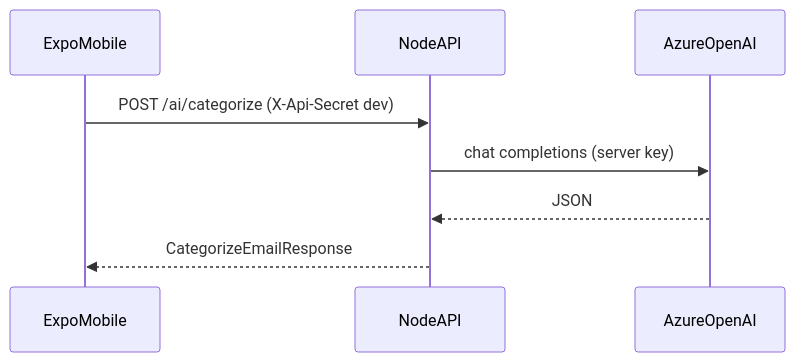
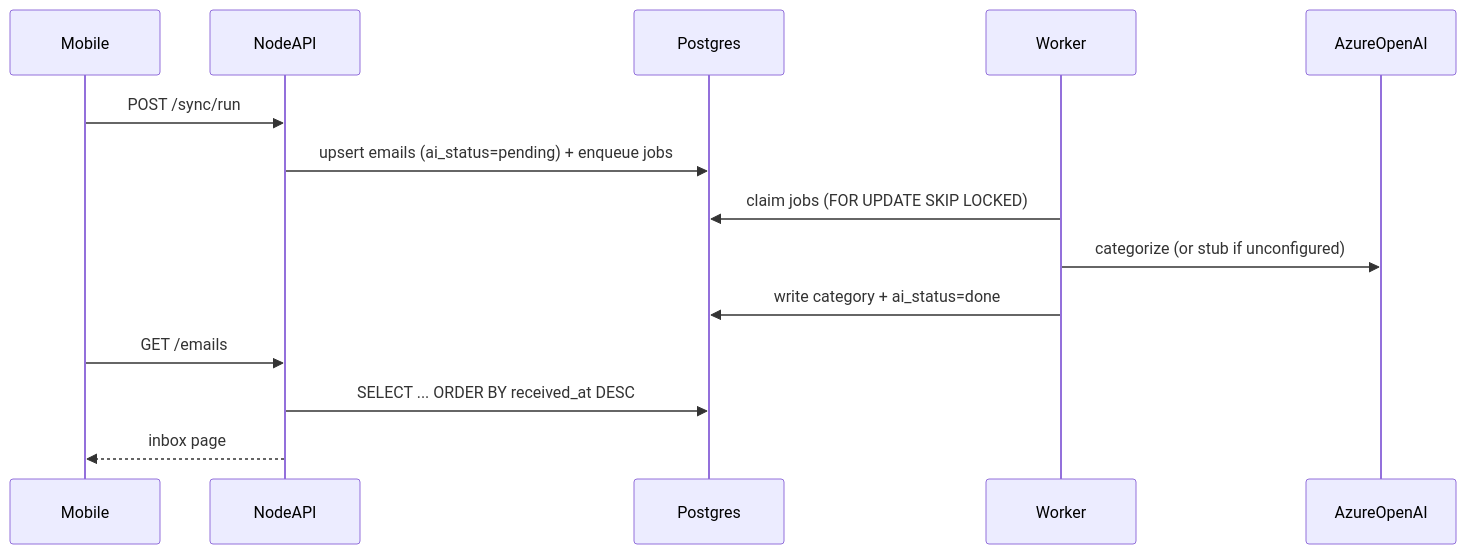
One commit to CVsiouy/Mail-Tracker-App changed the second of 2 diagrams in docs/ARCHITECTURE.md. Above: the diagram before and after it, drawn with Mermaid. The commit also changed other lines of this file and 79 other files, not shown here.

````diff
--- a/docs/ARCHITECTURE.md
+++ b/docs/ARCHITECTURE.md
@@ -20,10 +42,16 @@
 ```mermaid
 sequenceDiagram
-  participant Mobile as ExpoMobile
-  participant API as NodeAPI
-  participant Azure as AzureOpenAI
-  Mobile->>API: POST /ai/categorize (X-Api-Secret dev)
-  API->>Azure: chat completions (server key)
-  Azure-->>API: JSON
-  API-->>Mobile: CategorizeEmailResponse
+  participant M as Mobile
+  participant A as NodeAPI
+  participant DB as Postgres
+  participant W as Worker
+  participant AZ as AzureOpenAI
+  M->>A: POST /sync/run
+  A->>DB: upsert emails (ai_status=pending) + enqueue jobs
+  W->>DB: claim jobs (FOR UPDATE SKIP LOCKED)
+  W->>AZ: categorize (or stub if unconfigured)
+  W->>DB: write category + ai_status=done
+  M->>A: GET /emails
+  A->>DB: SELECT ... ORDER BY received_at DESC
+  A-->>M: inbox page
 ```
````
